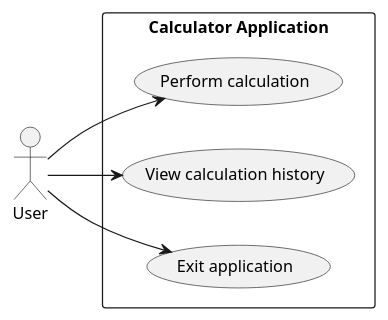
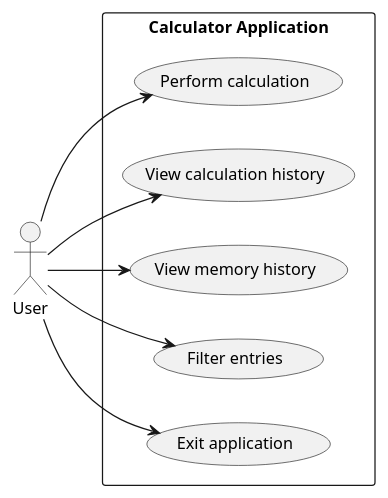
The diagram in experiments/broadcast/user_stories/calculator/artifacts/use_case_diagram.puml (DanielRiha8906/Software_autoevolution_using_agents), drawn with PlantUML before and after one commit. The commit also changed 6 other files, not shown here.

```diff
--- a/experiments/broadcast/user_stories/calculator/artifacts/use_case_diagram.puml
+++ b/experiments/broadcast/user_stories/calculator/artifacts/use_case_diagram.puml
@@ -1,20 +1,24 @@
 @startuml use_case_diagram
 
 skinparam defaultFontSize 13
 
 left to right direction
 
 actor User
 
 rectangle "Calculator Application" {
     usecase "Perform calculation" as UC_Calc
     usecase "View calculation history" as UC_History
+    usecase "View memory history" as UC_MemHistory
+    usecase "Filter entries" as UC_Filter
     usecase "Exit application" as UC_Exit
 
 }
 
 User --> UC_Calc
 User --> UC_History
+User --> UC_MemHistory
+User --> UC_Filter
 User --> UC_Exit
 
 @enduml
```
